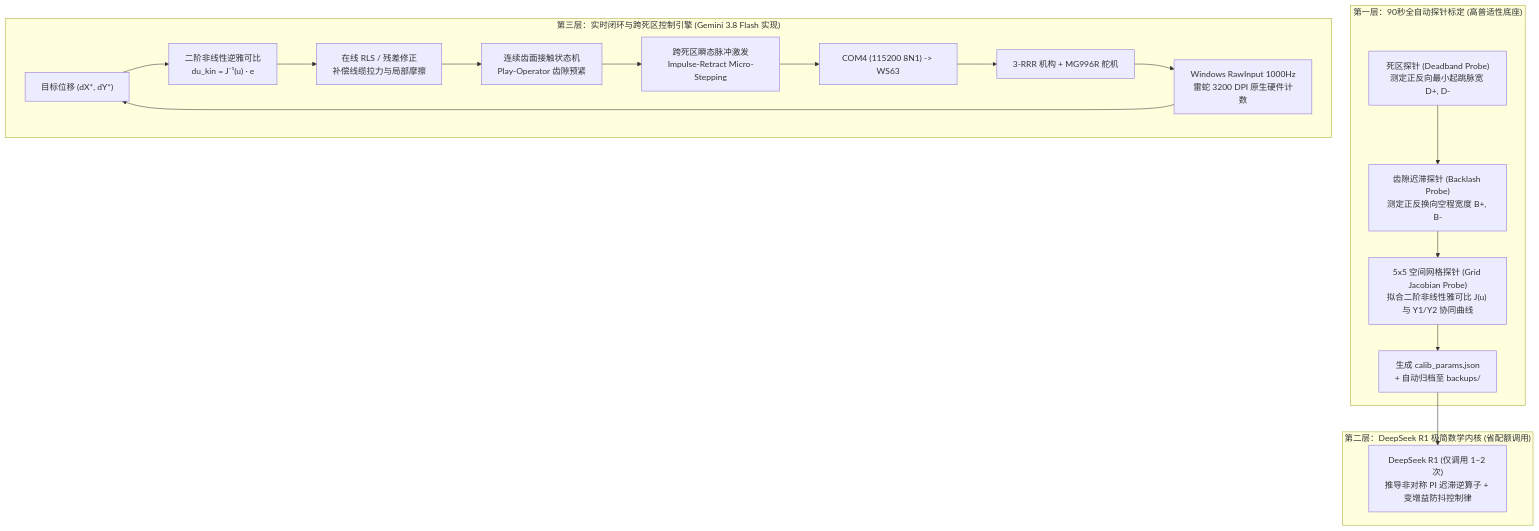
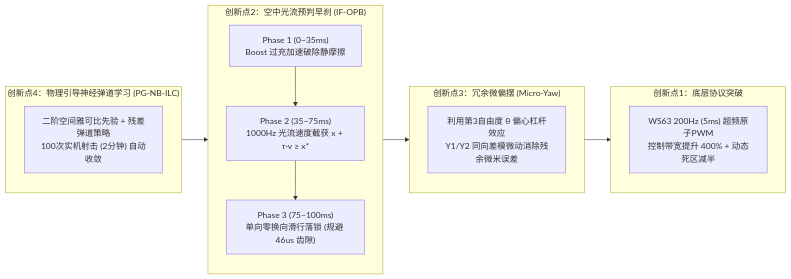
One commit to 2779841490l-cmd/3-rrr changed the diagram in PROJECT_PLAN.md. Above: the diagram before and after it, drawn with Mermaid. The commit also changed other lines of this file and 10 other files, not shown here.

````diff
--- a/PROJECT_PLAN.md
+++ b/PROJECT_PLAN.md
@@ -9,23 +10,23 @@
 ```mermaid
-flowchart TD
-    subgraph Layer1["第一层：90秒全自动探针标定 (高普适性底座)"]
-        P1["死区探针 (Deadband Probe)<br/>测定正反向最小起跳脉宽 D+, D-"] --> P2["齿隙迟滞探针 (Backlash Probe)<br/>测定正反换向空程宽度 B+, B-"]
-        P2 --> P3["5x5 空间网格探针 (Grid Jacobian Probe)<br/>拟合二阶非线性雅可比 J(u) 与 Y1/Y2 协同曲线"]
-        P3 --> CalibJSON["生成 calib_params.json<br/>+ 自动归档至 backups/"]
+flowchart LR
+    subgraph C1["创新点1：底层协议突破"]
+        FW["WS63 200Hz (5ms) 超频原子PWM<br/>控制带宽提升 400% + 动态死区减半"]
     end
 
-    subgraph Layer2["第二层：DeepSeek R1 极简数学内核 (省配额调用)"]
-        CalibJSON --> R1["DeepSeek R1 (仅调用 1~2 次)<br/>推导非对称 PI 迟滞逆算子 + 变增益防抖控制律"]
+    subgraph C2["创新点2：空中光流预判早刹 (IF-OPB)"]
+        Boost["Phase 1 (0~35ms)<br/>Boost 过充加速破除静摩擦"] --> Intercept["Phase 2 (35~75ms)<br/>1000Hz 光流速度截获 x + τ·v ≥ x*"]
+        Intercept --> Lock["Phase 3 (75~100ms)<br/>单向零换向滑行落锁 (规避 46us 齿隙)"]
     end
 
-    subgraph Layer3["第三层：实时闭环与跨死区控制引擎 (Gemini 3.8 Flash 实现)"]
-        Target["目标位移 (dX*, dY*)"] --> InvJ["二阶非线性逆雅可比<br/>du_kin = J⁻¹(u) · e"]
-        InvJ --> RLS["在线 RLS / 残差修正<br/>补偿线缆拉力与局部摩擦"]
-        RLS --> PlayOp["连续齿面接触状态机<br/>Play-Operator 齿隙预紧"]
-        PlayOp --> Nudge["跨死区瞬态脉冲激发<br/>Impulse-Retract Micro-Stepping"]
-        Nudge --> UART["COM4 (115200 8N1) -> WS63"]
-        UART --> Plant["3-RRR 机构 + MG996R 舵机"]
-        Plant --> Sensor["Windows RawInput 1000Hz<br/>雷蛇 3200 DPI 原生硬件计数"]
-        Sensor --> Target
+    subgraph C3["创新点3：冗余微偏摆 (Micro-Yaw)"]
+        Yaw["利用第3自由度 θ 偏心杠杆效应<br/>Y1/Y2 同向差模微动消除残余微米误差"]
     end
+
+    subgraph C4["创新点4：物理引导神经弹道学习 (PG-NB-ILC)"]
+        ILC["二阶空间雅可比先验 + 残差弹道策略<br/>100次实机射击 (2分钟) 自动收敛"]
+    end
+
+    C4 --> C2
+    C2 --> C3
+    C3 --> C1
 ```
````
